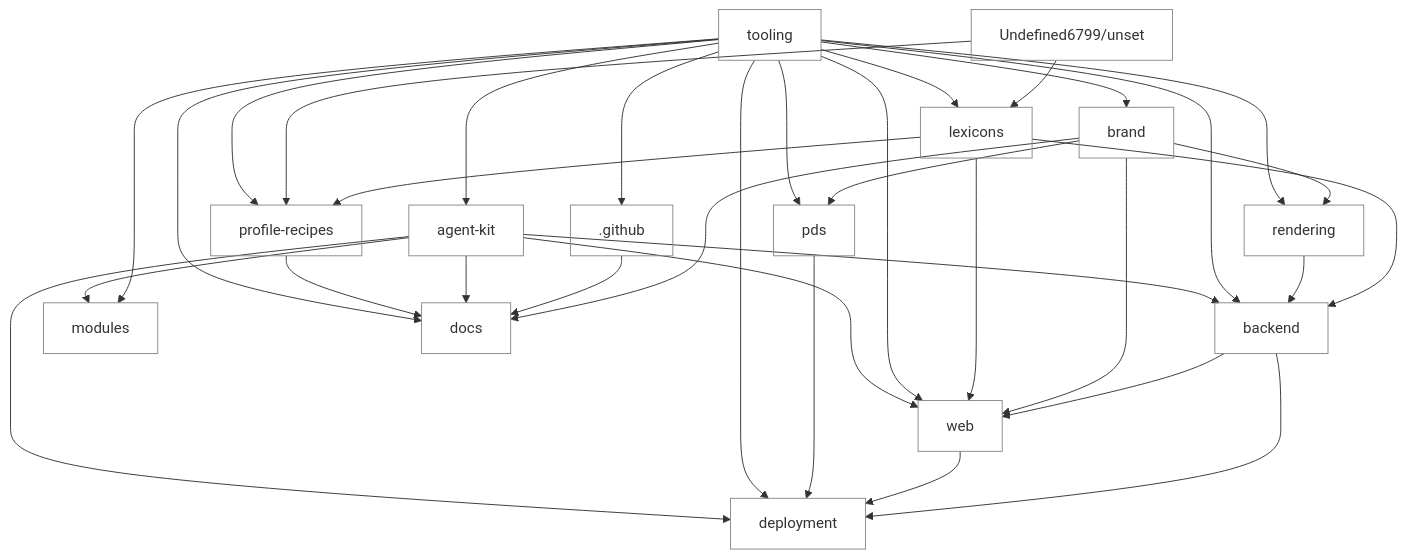
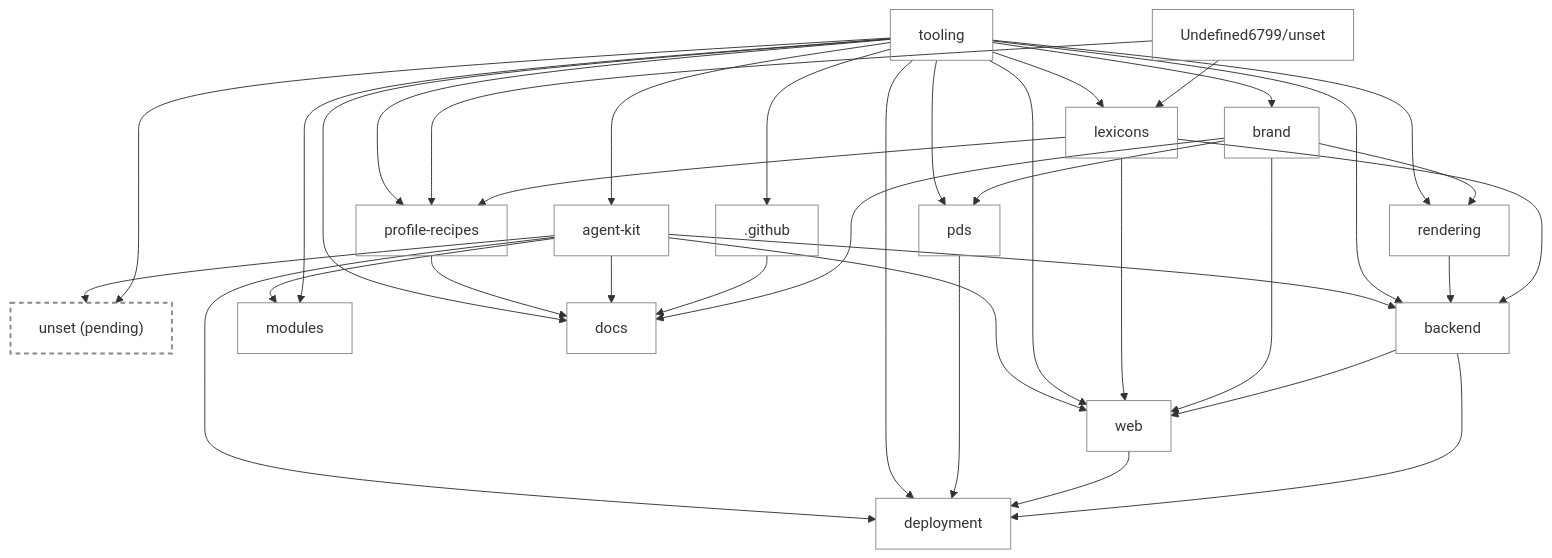
Before and after one commit to unset-sh/.github: the diagram in MAP.md, drawn with Mermaid. The commit also changed other lines of this file and 2 other files, not shown here.

First line of the commit message:
Register the unset-sh/unset monorepo as pending

````diff
--- a/MAP.md
+++ b/MAP.md
@@ -70,52 +71,57 @@
 ```mermaid
 flowchart TB
+  r_unset["unset (pending)"]
   r_web["web"]
   r_backend["backend"]
   r_deployment["deployment"]
   r_modules["modules"]
   r_Undefined6799_unset["Undefined6799/unset"]
   r__github[".github"]
   r_tooling["tooling"]
   r_brand["brand"]
   r_rendering["rendering"]
   r_profile_recipes["profile-recipes"]
   r_docs["docs"]
   r_pds["pds"]
   r_lexicons["lexicons"]
   r_agent_kit["agent-kit"]
+  r_tooling --> r_unset
+  r_agent_kit --> r_unset
   r_backend --> r_web
   r_brand --> r_web
   r_lexicons --> r_web
   r_tooling --> r_web
   r_agent_kit --> r_web
   r_lexicons --> r_backend
   r_rendering --> r_backend
   r_tooling --> r_backend
   r_agent_kit --> r_backend
   r_backend --> r_deployment
   r_web --> r_deployment
   r_pds --> r_deployment
   r_tooling --> r_deployment
   r_agent_kit --> r_deployment
   r_tooling --> r_modules
   r_agent_kit --> r_modules
   r_tooling --> r__github
   r_tooling --> r_brand
   r_brand --> r_rendering
   r_tooling --> r_rendering
   r_lexicons --> r_profile_recipes
   r_Undefined6799_unset --> r_profile_recipes
   r_tooling --> r_profile_recipes
   r_brand --> r_docs
   r__github --> r_docs
   r_agent_kit --> r_docs
   r_profile_recipes --> r_docs
   r_tooling --> r_docs
   r_brand --> r_pds
   r_tooling --> r_pds
   r_Undefined6799_unset --> r_lexicons
   r_tooling --> r_lexicons
   r_tooling --> r_agent_kit
   classDef default fill:transparent,stroke:#888,stroke-width:1px
   classDef uncreated fill:transparent,stroke:#888,stroke-width:1px,stroke-dasharray:5 4
+  class r_unset uncreated
+  style r_unset stroke-width:2px
 ```
````
